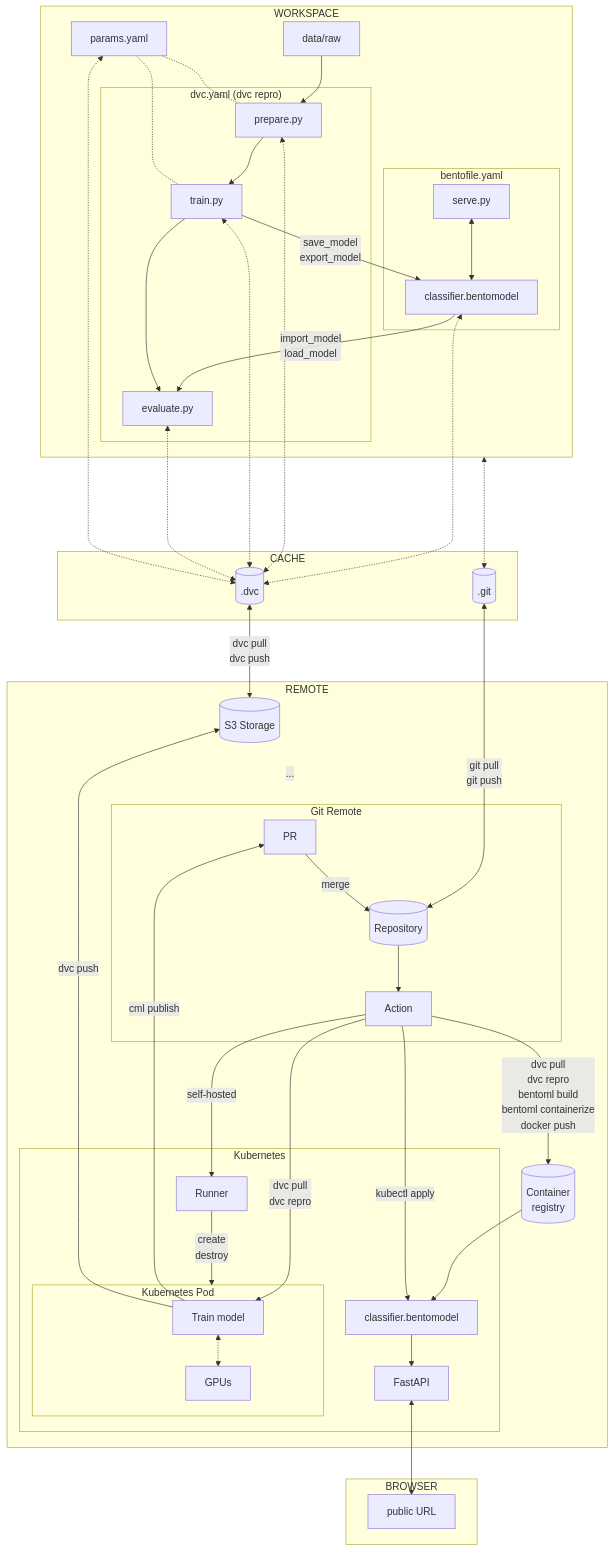
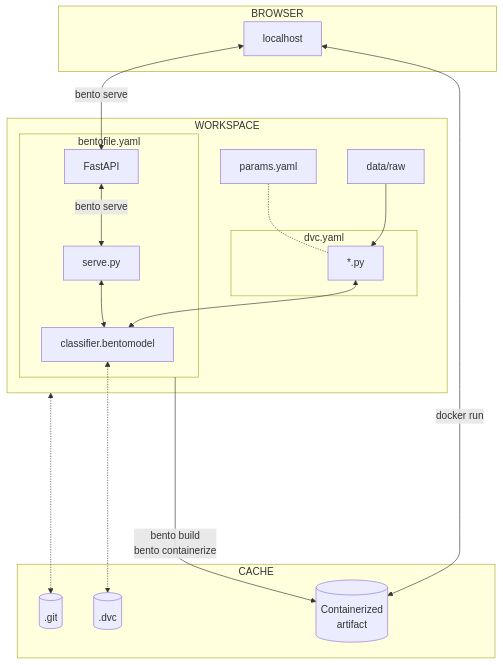
The diagram in docs/part-3-serve-and-deploy-the-model/conclusion.md (swiss-ai-center/workshop-mlops), drawn with Mermaid before and after one commit. The commit also changed 12 other files, not shown here.

````diff
--- a/docs/part-3-serve-and-deploy-the-model/conclusion.md
+++ b/docs/part-3-serve-and-deploy-the-model/conclusion.md
@@ -18,74 +18,32 @@
 ```mermaid
 flowchart TB
-    dot_dvc[(.dvc)] <-->|dvc pull
-                         dvc push| s3_storage[(S3 Storage)]
-    dot_git[(.git)] <-->|git pull
-                         git push| repository[(Repository)]
     workspaceGraph <-....-> dot_git
     data[data/raw]
-
     subgraph cacheGraph[CACHE]
-        dot_dvc
-        dot_git
+        dot_dvc[(.dvc)]
+        dot_git[(.git)]
+        bento_artifact[(Containerized
+                        artifact)]
     end
-
     subgraph workspaceGraph[WORKSPACE]
-        bento_model[classifier.bentomodel] <-.-> dot_dvc
-        prepare[prepare.py] <-.-> dot_dvc
-        train[train.py] <-.-> dot_dvc
-        evaluate[evaluate.py] <-.-> dot_dvc
-        data --> prepare
-        bento_model --> |import_model
-                         load_model|evaluate
-        train --> |save_model
-                   export_model|bento_model
-        subgraph dvcGraph["dvc.yaml (dvc repro)"]
-            prepare --> train
-            train --> evaluate
+        data --> code[*.py]
+        subgraph dvcGraph["dvc.yaml"]
+            code
         end
-        params[params.yaml] -.- prepare
-        params -.- train
-        params <-.-> dot_dvc
+        params[params.yaml] -.- code
+        code <--> bento_model[classifier.bentomodel]
         subgraph bentoGraph[bentofile.yaml]
             bento_model
             serve[serve.py] <--> bento_model
+            fastapi[FastAPI] <--> |bento serve|serve
         end
+
+        bentoGraph -->|bento build
+                       bento containerize| bento_artifact
+        bento_model <-.-> dot_dvc
     end
-
-    subgraph remoteGraph[REMOTE]
-        s3_storage
-        subgraph gitGraph[Git Remote]
-            repository[(Repository)] --> action[Action]
-            request[PR] --> |merge|repository
-        end
-        action --> |dvc pull
-                    dvc repro
-                    bentoml build
-                    bentoml containerize
-                    docker push|registry
-        s3_storage -.- |...|request
-        subgraph clusterGraph[Kubernetes]
-            subgraph clusterPodGraph[Kubernetes Pod]
-                pod_train[Train model] <-.-> k8s_gpu[GPUs]
-            end
-            pod_runner[Runner] --> |create
-                                    destroy|clusterPodGraph
-            action -->|dvc pull
-                       dvc repro| pod_train
-            bento_service_cluster[classifier.bentomodel] --> k8s_fastapi[FastAPI]
-        end
-        action --> |self-hosted|pod_runner
-        pod_train -->|cml publish| request
-        pod_train -->|dvc push| s3_storage
-
-        registry[(Container
-                  registry)] --> bento_service_cluster
-        action --> |kubectl apply|bento_service_cluster
+    subgraph browserGraph[BROWSER]
+        localhost <--> |docker run|bento_artifact
+        localhost <--> |bento serve| fastapi
     end
-
-    subgraph browserGraph[BROWSER]
-        k8s_fastapi <--> publicURL["public URL"]
-    end
-
-    linkStyle 19 opacity:0.0
 ```
````
